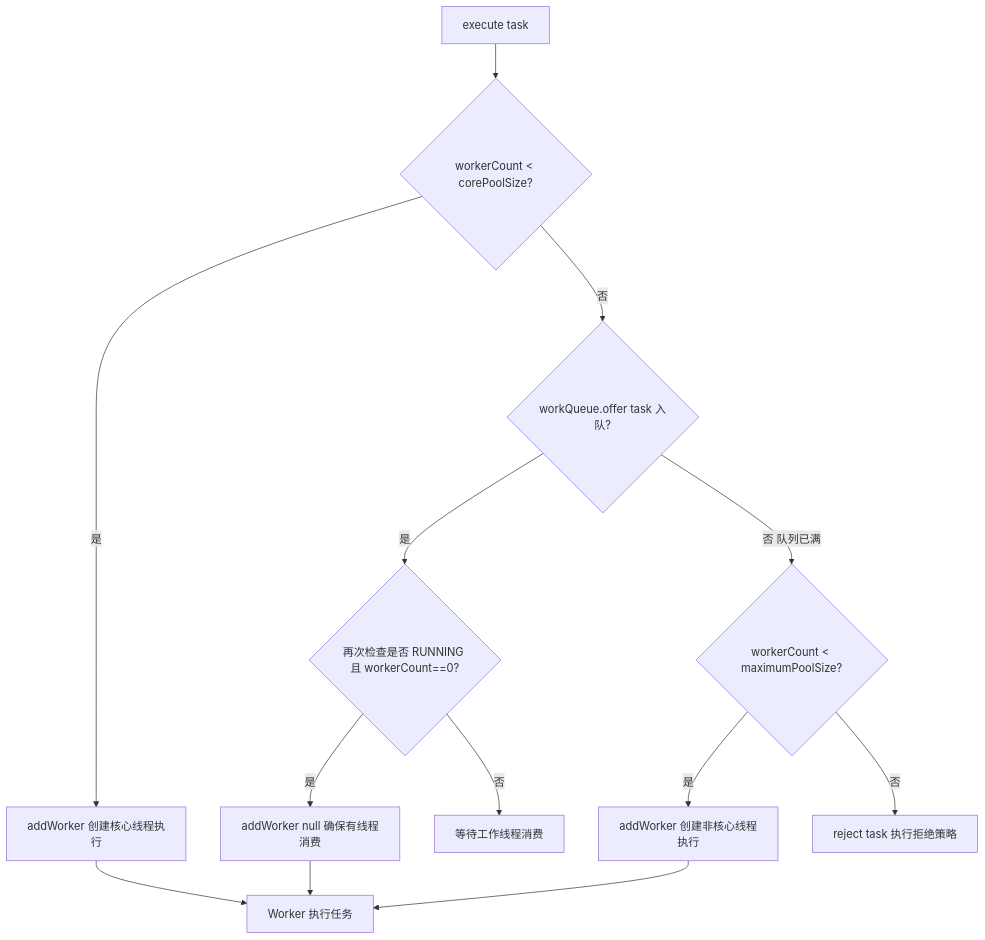
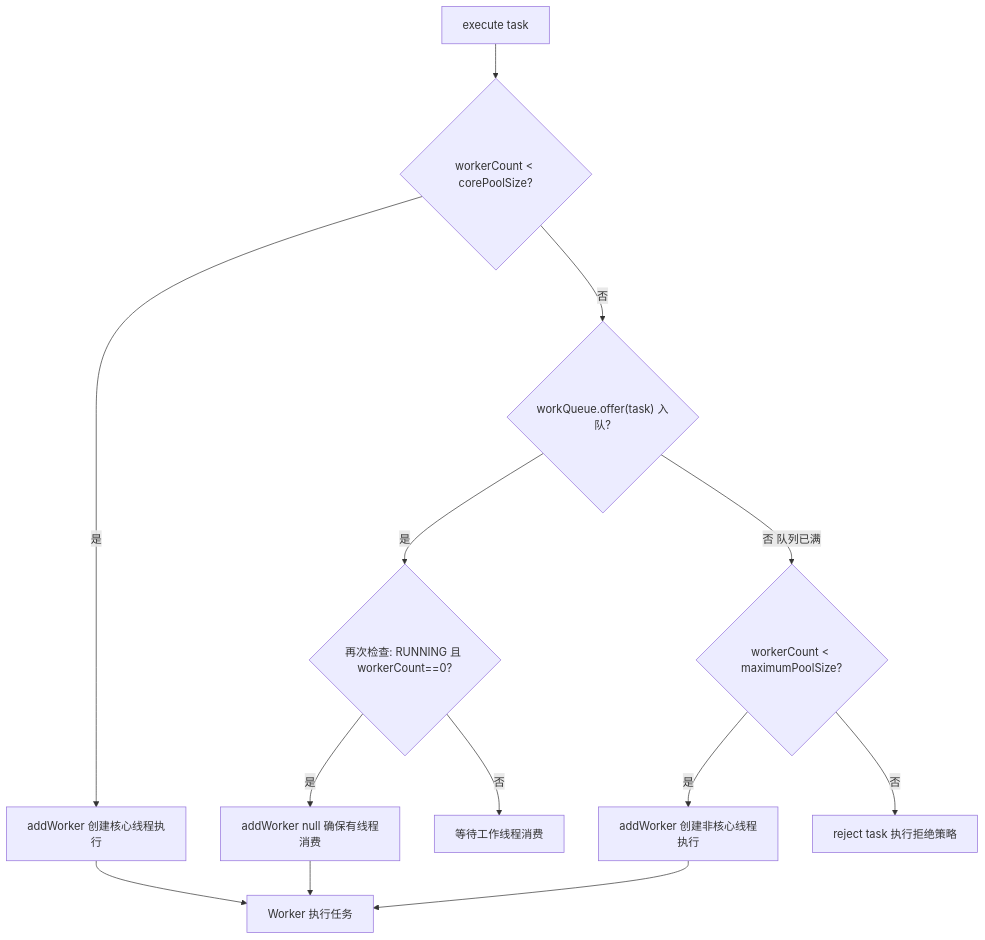
The diagram in 20_JavaKnowledge/03_并发编程/08、线程池深度解析.md (zz12121/KnowledgeDevelope), drawn with Mermaid before and after one commit. The commit also changed 12 other files, not shown here.

Commit message:
fix: 修复全库 Mermaid 图表语法错误

````diff
--- a/20_JavaKnowledge/03_并发编程/08、线程池深度解析.md
+++ b/20_JavaKnowledge/03_并发编程/08、线程池深度解析.md
@@ -105,15 +105,15 @@
 ```mermaid
 flowchart TD
-    A[execute task] --> B{workerCount < corePoolSize?}
+    A[execute task] --> B{"workerCount < corePoolSize?"}
     B -->|是| C[addWorker 创建核心线程执行]
-    B -->|否| D{workQueue.offer task 入队?}
-    D -->|是| E{再次检查是否 RUNNING 且 workerCount==0?}
+    B -->|否| D{"workQueue.offer(task) 入队?"}
+    D -->|是| E{"再次检查: RUNNING 且 workerCount==0?"}
     E -->|是| F[addWorker null 确保有线程消费]
     E -->|否| G[等待工作线程消费]
-    D -->|否 队列已满| H{workerCount < maximumPoolSize?}
+    D -->|否 队列已满| H{"workerCount < maximumPoolSize?"}
     H -->|是| I[addWorker 创建非核心线程执行]
     H -->|否| J[reject task 执行拒绝策略]
     C --> K[Worker 执行任务]
     F --> K
     I --> K
 ```
````
